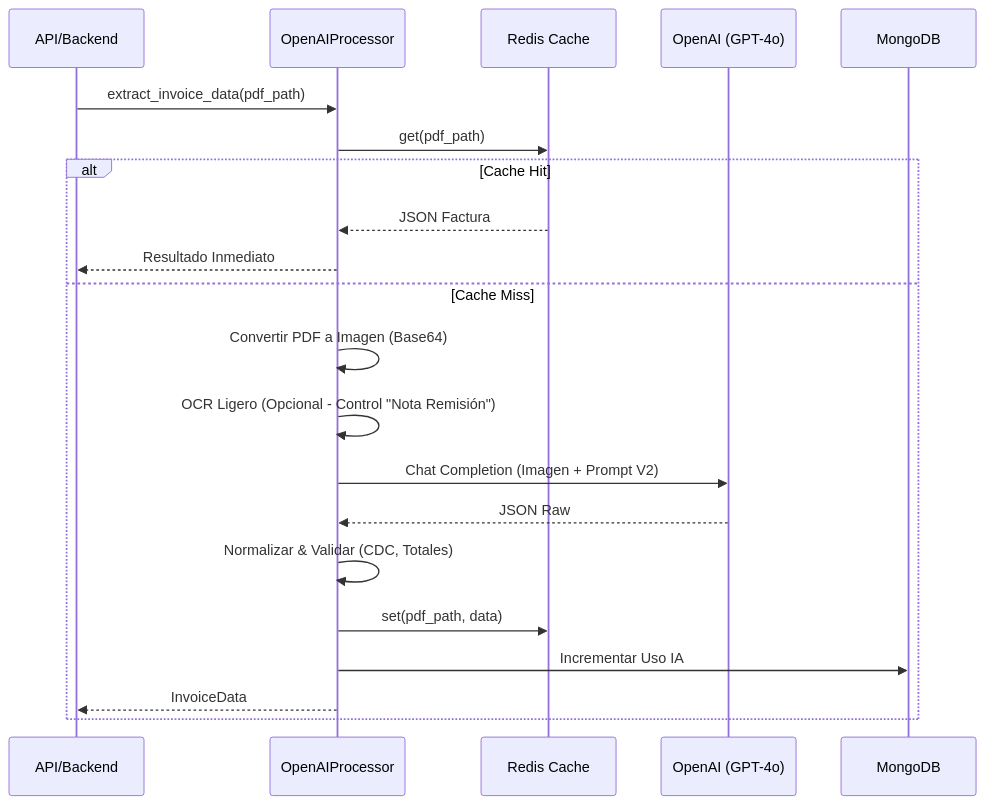
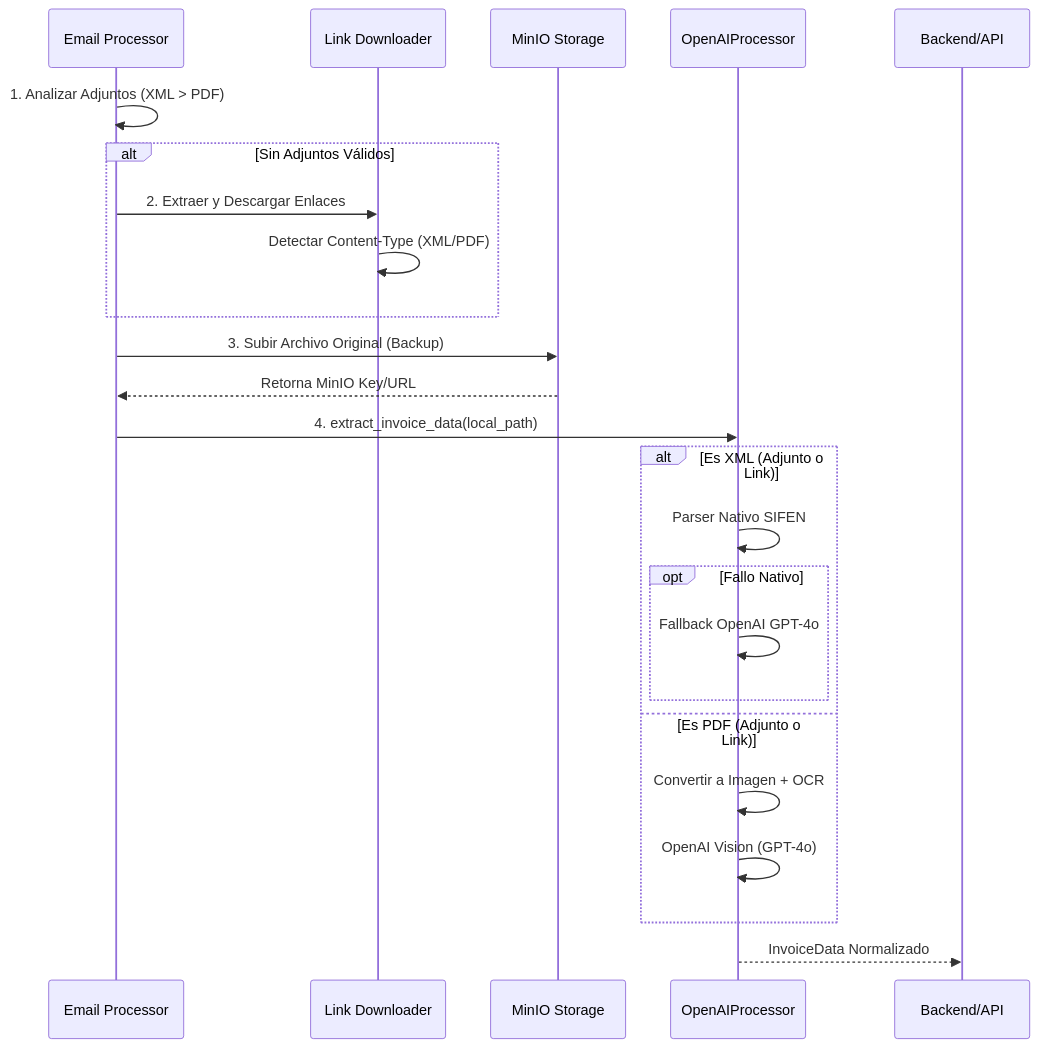
The second of 4 diagrams in technical_docs.md (poravv/cuenly-app), drawn with Mermaid before and after one commit. The commit also changed other lines of this file, not shown here.

Commit message:
Ajuste de minio

````diff
--- a/technical_docs.md
+++ b/technical_docs.md
@@ -48,24 +57,31 @@
 ```mermaid
 sequenceDiagram
-    participant API as API/Backend
+    participant Mail as Email Processor
+    participant Down as Link Downloader
+    participant MinIO as MinIO Storage
     participant Proc as OpenAIProcessor
-    participant Cache as Redis Cache
-    participant Vision as OpenAI (GPT-4o)
-    participant DB as MongoDB
+    participant API as Backend/API
 
-    API->>Proc: extract_invoice_data(pdf_path)
-    Proc->>Cache: get(pdf_path)
-    alt Cache Hit
-        Cache-->>Proc: JSON Factura
-        Proc-->>API: Resultado Inmediato
-    else Cache Miss
-        Proc->>Proc: Convertir PDF a Imagen (Base64)
-        Proc->>Proc: OCR Ligero (Opcional - Control "Nota Remisión")
-        Proc->>Vision: Chat Completion (Imagen + Prompt V2)
-        Vision-->>Proc: JSON Raw
-        Proc->>Proc: Normalizar & Validar (CDC, Totales)
-        Proc->>Cache: set(pdf_path, data)
-        Proc->>DB: Incrementar Uso IA
-        Proc-->>API: InvoiceData
+    Mail->>Mail: 1. Analizar Adjuntos (XML > PDF)
+    alt Sin Adjuntos Válidos
+        Mail->>Down: 2. Extraer y Descargar Enlaces
+        Down->>Down: Detectar Content-Type (XML/PDF)
     end
+    
+    Mail->>MinIO: 3. Subir Archivo Original (Backup)
+    MinIO-->>Mail: Retorna MinIO Key/URL
+    
+    Mail->>Proc: 4. extract_invoice_data(local_path)
+    
+    alt Es XML (Adjunto o Link)
+        Proc->>Proc: Parser Nativo SIFEN
+        opt Fallo Nativo
+           Proc->>Proc: Fallback OpenAI GPT-4o
+        end
+    else Es PDF (Adjunto o Link)
+        Proc->>Proc: Convertir a Imagen + OCR
+        Proc->>Proc: OpenAI Vision (GPT-4o)
+    end
+    
+    Proc-->>API: InvoiceData Normalizado
 ```
````
